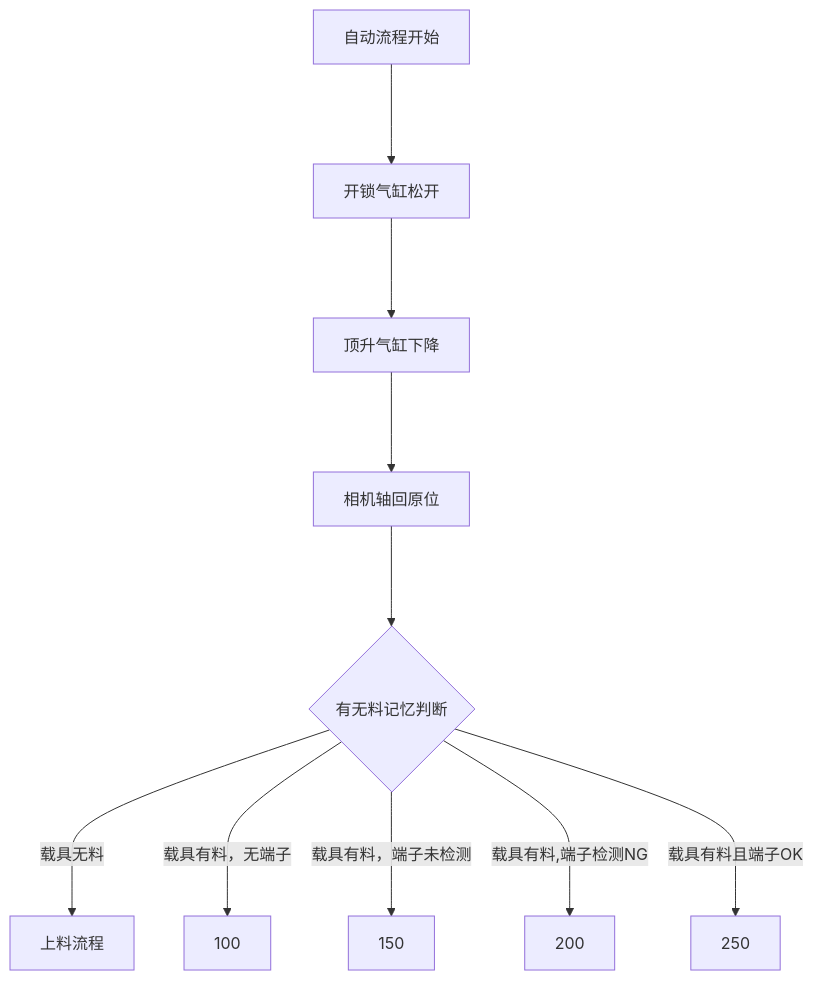
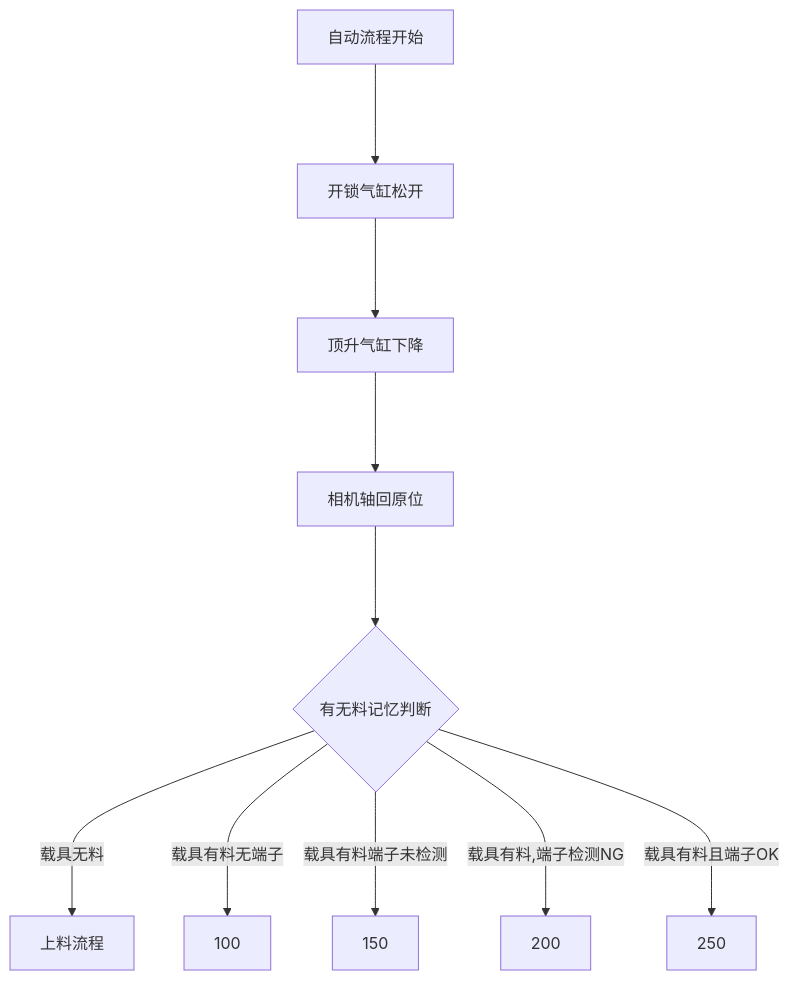
Before and after one commit to zmq000/iodraw-files: the diagram in all/OP70工位4左端子上料.md, drawn with Mermaid.

Commit message:
2026-06-17 17:23:12 update

````diff
--- a/all/OP70工位4左端子上料.md
+++ b/all/OP70工位4左端子上料.md
@@ -1,14 +1,14 @@
 ```mermaid
 graph TD
 自动流程开始--->10
 10[开锁气缸松开]--->20
 20[顶升气缸下降]--->30
 30[相机轴回原位]--->40
 40{有无料记忆判断}--->|载具无料|50
-40--->|载具有料，无端子|100
-40--->|载具有料，端子未检测|150
+40--->|载具有料无端子|100
+40--->|载具有料端子未检测|150
 40--->|载具有料,端子检测NG|200
 40--->|载具有料且端子OK|250
 50[上料流程]
 
 ```
````
